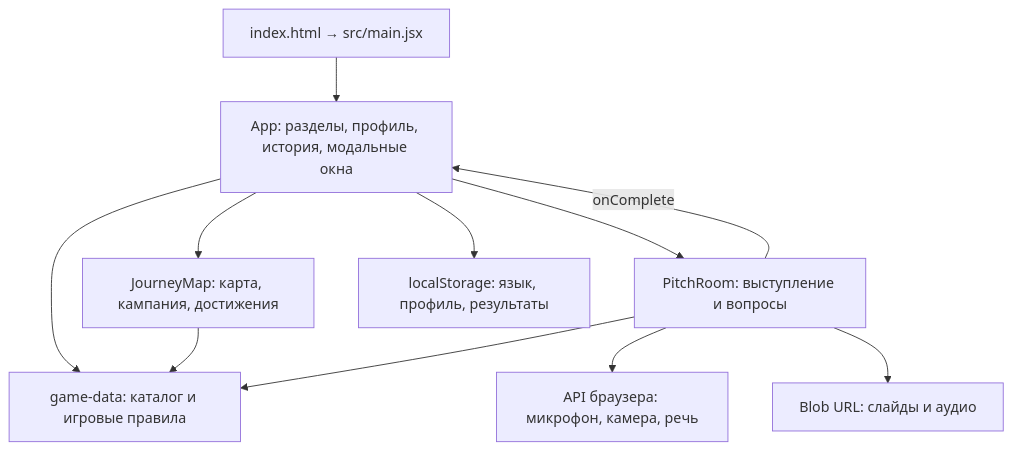
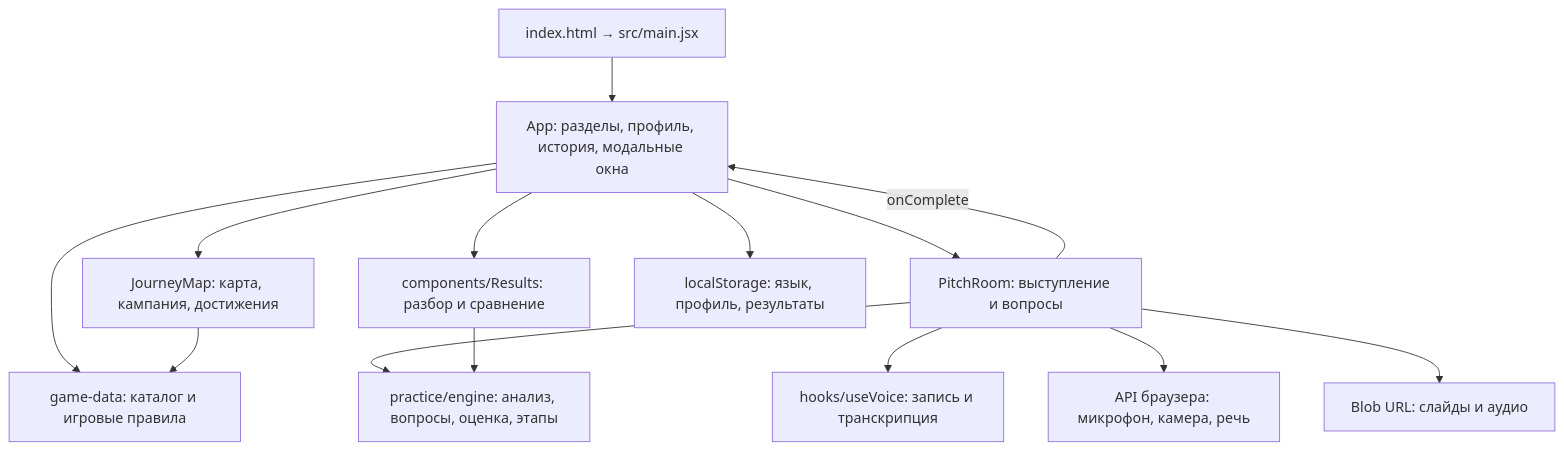
The first of 3 diagrams in docs/ARCHITECTURE.md (satkan-satkan/Pitch-Arena), drawn with Mermaid before and after one commit. The commit also changed other lines of this file and 22 other files, not shown here.

````diff
--- a/docs/ARCHITECTURE.md
+++ b/docs/ARCHITECTURE.md
@@ -13,13 +13,16 @@
 ```mermaid
 flowchart TB
     Entry["index.html → src/main.jsx"] --> App["App: разделы, профиль, история, модальные окна"]
     App --> Map["JourneyMap: карта, кампания, достижения"]
     App --> Room["PitchRoom: выступление и вопросы"]
     App --> Rules["game-data: каталог и игровые правила"]
     Map --> Rules
-    Room --> Rules
+    Room --> Engine["practice/engine: анализ, вопросы, оценка, этапы"]
+    Room --> Voice["hooks/useVoice: запись и транскрипция"]
+    App --> Results["components/Results: разбор и сравнение"]
+    Results --> Engine
     App --> Storage["localStorage: язык, профиль, результаты"]
     Room --> Media["API браузера: микрофон, камера, речь"]
     Room --> Blobs["Blob URL: слайды и аудио"]
     Room -->|"onComplete"| App
 ```
````
